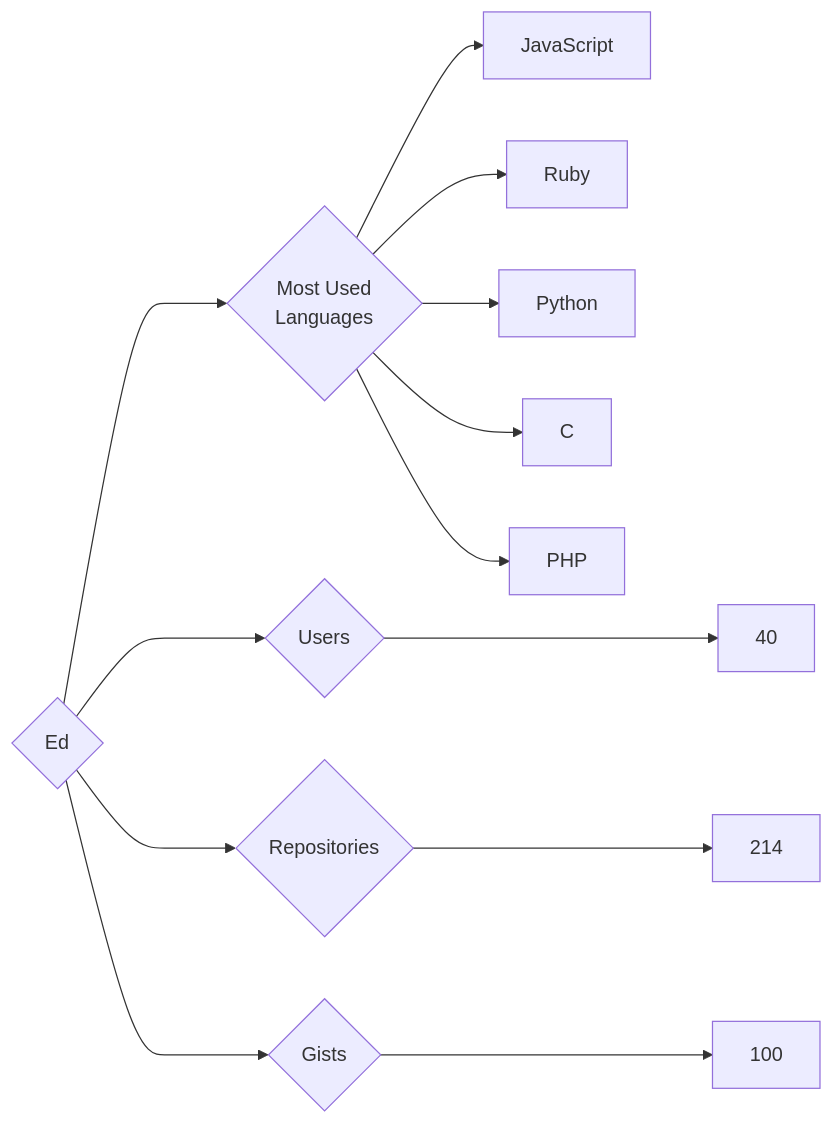
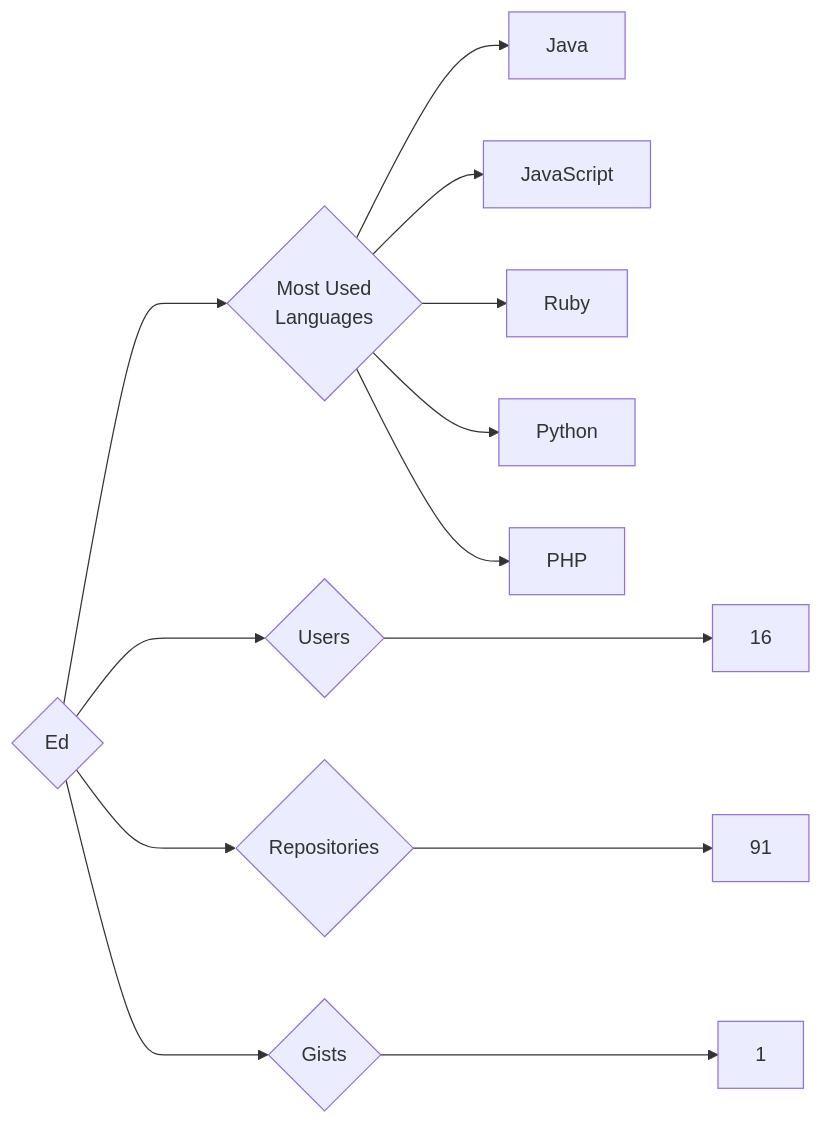
One commit to trickest/insiders changed the diagram in targets/Ed/README.md. Above: the diagram before and after it, drawn with Mermaid. The commit also changed 932 other files, not shown here.

````diff
--- a/targets/Ed/README.md
+++ b/targets/Ed/README.md
@@ -3,13 +3,13 @@
 ```mermaid
 graph LR
 COMPANY_NAME{Ed}
-COMPANY_NAME ---> U{Users} ---> UN[40]
-COMPANY_NAME ---> R{Repositories} ---> RN[214]
-COMPANY_NAME ---> G{Gists} ---> GN[100]
+COMPANY_NAME ---> U{Users} ---> UN[16]
+COMPANY_NAME ---> R{Repositories} ---> RN[91]
+COMPANY_NAME ---> G{Gists} ---> GN[1]
 COMPANY_NAME ---> ML{Most Used<br>Languages}
+ML --> Java[Java]
 ML --> JavaScript[JavaScript]
 ML --> Ruby[Ruby]
 ML --> Python[Python]
-ML --> C[C]
 ML --> PHP[PHP]
 ```
````
